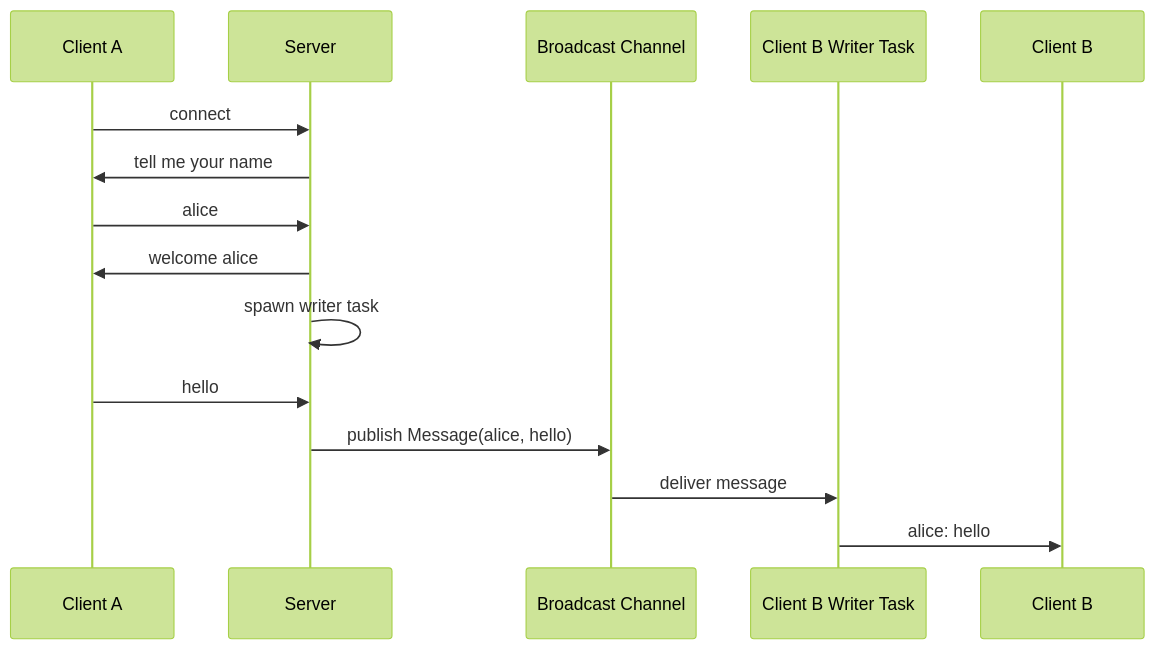
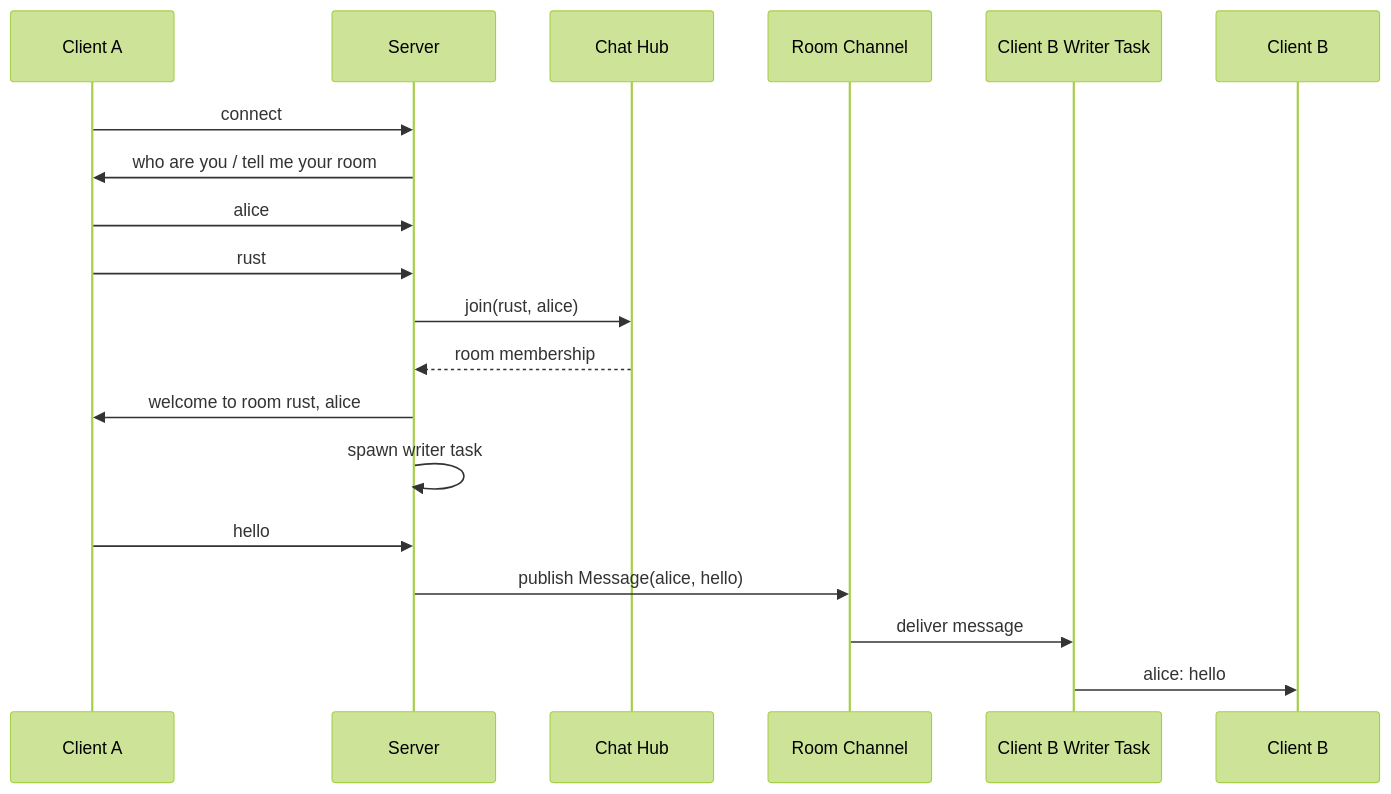
One commit to leonardorudolfocardoso/async-chat-server changed the diagram in README.md. Above: the diagram before and after it, drawn with Mermaid (forest theme). The commit also changed other lines of this file, not shown here.

Commit message:
docs: document chat room support

````diff
--- a/README.md
+++ b/README.md
@@ -99,19 +108,23 @@
 ```mermaid
 sequenceDiagram
     participant A as Client A
     participant Server
-    participant Bus as Broadcast Channel
+    participant Hub as Chat Hub
+    participant Bus as Room Channel
     participant BWriter as Client B Writer Task
     participant B as Client B
 
     A->>Server: connect
-    Server->>A: tell me your name
+    Server->>A: who are you / tell me your room
     A->>Server: alice
-    Server->>A: welcome alice
+    A->>Server: rust
+    Server->>Hub: join(rust, alice)
+    Hub-->>Server: room membership
+    Server->>A: welcome to room rust, alice
     Server->>Server: spawn writer task
 
     A->>Server: hello
     Server->>Bus: publish Message(alice, hello)
     Bus->>BWriter: deliver message
     BWriter->>B: alice: hello
 ```
````
